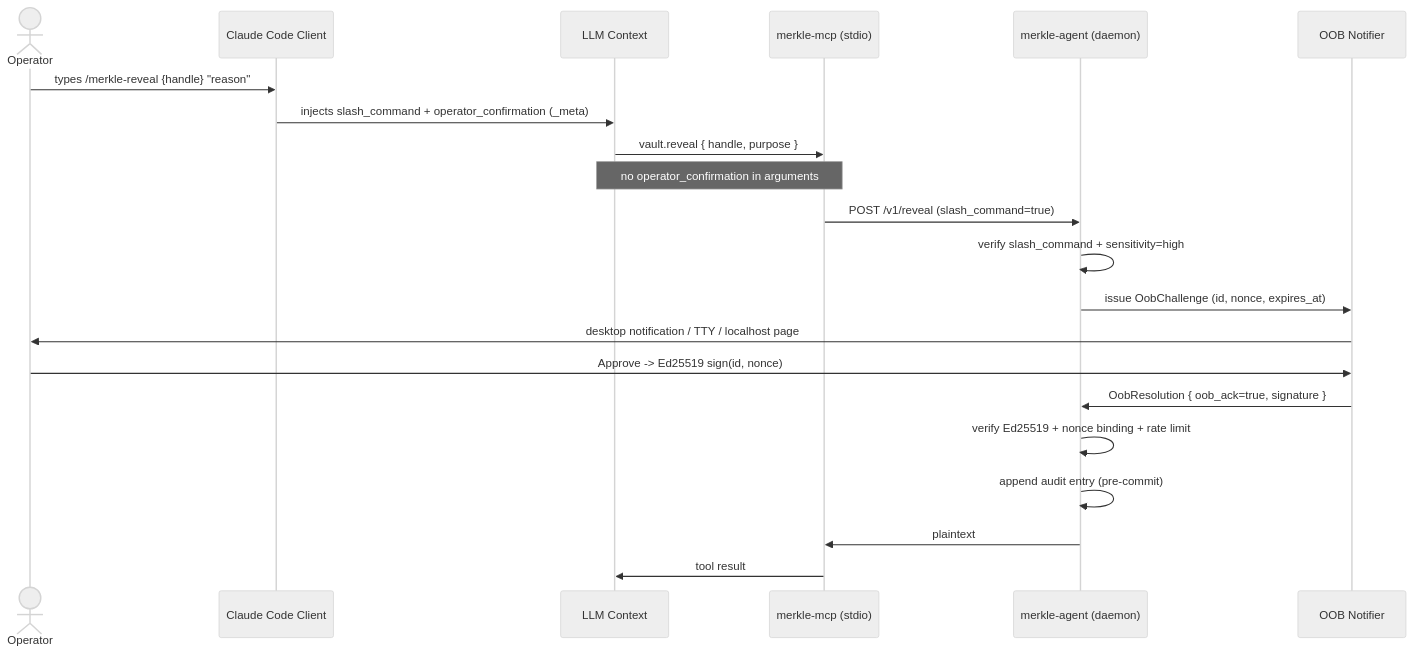
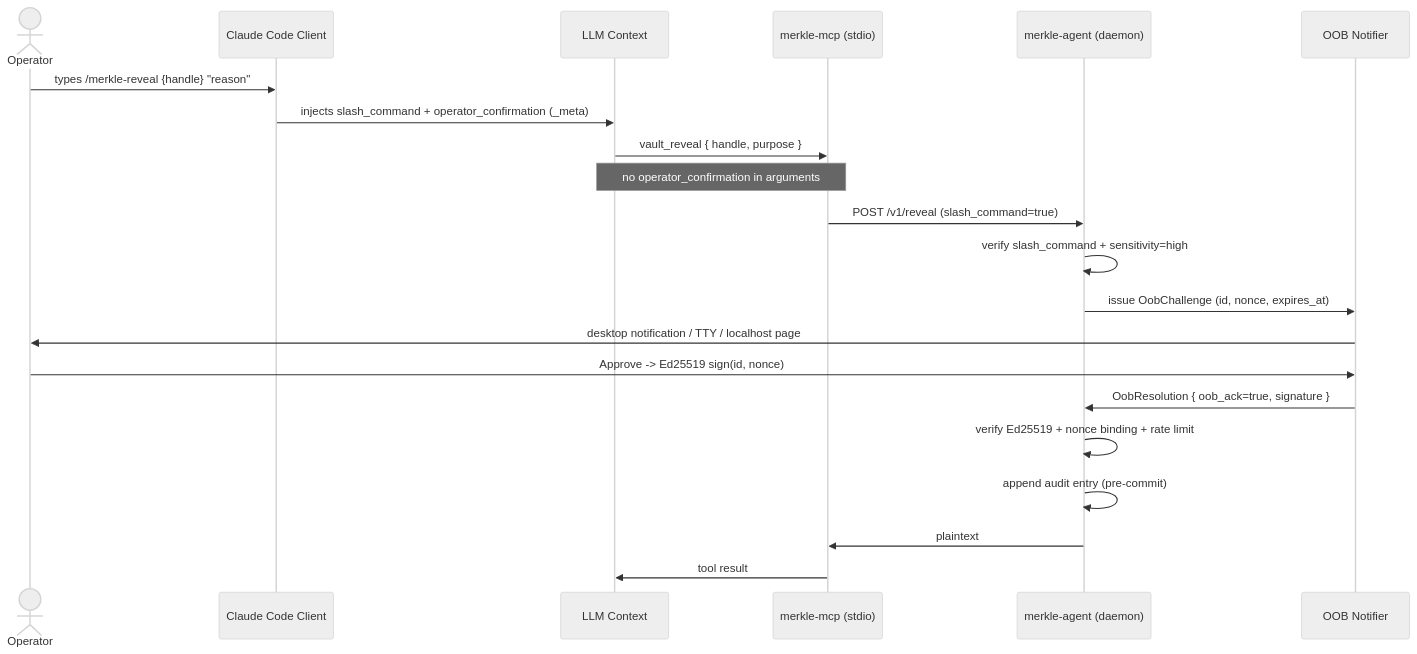
One commit to farchanjo/merkle changed the third of 5 diagrams in README.md. Above: the diagram before and after it, drawn with Mermaid (neutral theme). The commit also changed other lines of this file and 6 other files, not shown here.

First line of the commit message:
docs: update MCP tool names to vault_* form

````diff
--- a/README.md
+++ b/README.md
@@ -135,24 +135,24 @@
 ```mermaid
 sequenceDiagram
     actor Operator
     participant CC as Claude Code Client
     participant LLM as LLM Context
     participant MCP as merkle-mcp (stdio)
     participant Agent as merkle-agent (daemon)
     participant OOB as OOB Notifier
 
     Operator->>CC: types /merkle-reveal {handle} "reason"
     CC->>LLM: injects slash_command + operator_confirmation (_meta)
-    LLM->>MCP: vault.reveal { handle, purpose }
+    LLM->>MCP: vault_reveal { handle, purpose }
     Note over LLM,MCP: no operator_confirmation in arguments
     MCP->>Agent: POST /v1/reveal (slash_command=true)
     Agent->>Agent: verify slash_command + sensitivity=high
     Agent->>OOB: issue OobChallenge (id, nonce, expires_at)
     OOB->>Operator: desktop notification / TTY / localhost page
     Operator->>OOB: Approve -> Ed25519 sign(id, nonce)
     OOB->>Agent: OobResolution { oob_ack=true, signature }
     Agent->>Agent: verify Ed25519 + nonce binding + rate limit
     Agent->>Agent: append audit entry (pre-commit)
     Agent->>MCP: plaintext
     MCP->>LLM: tool result
 ```
````
